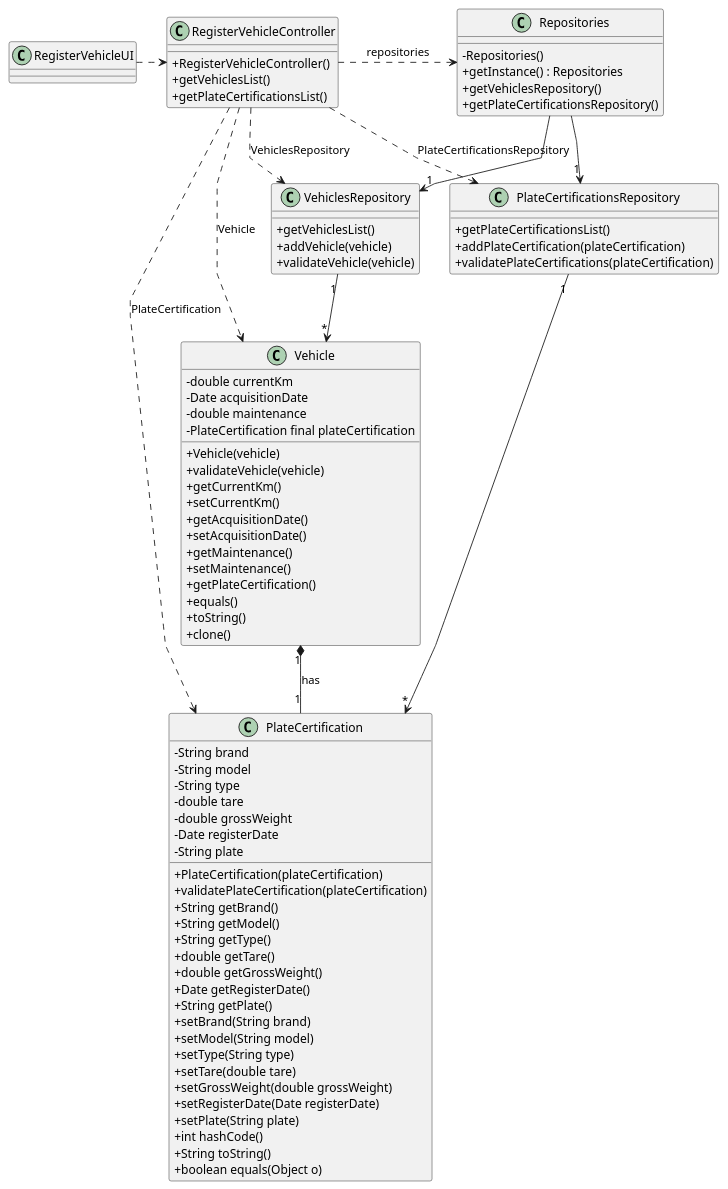
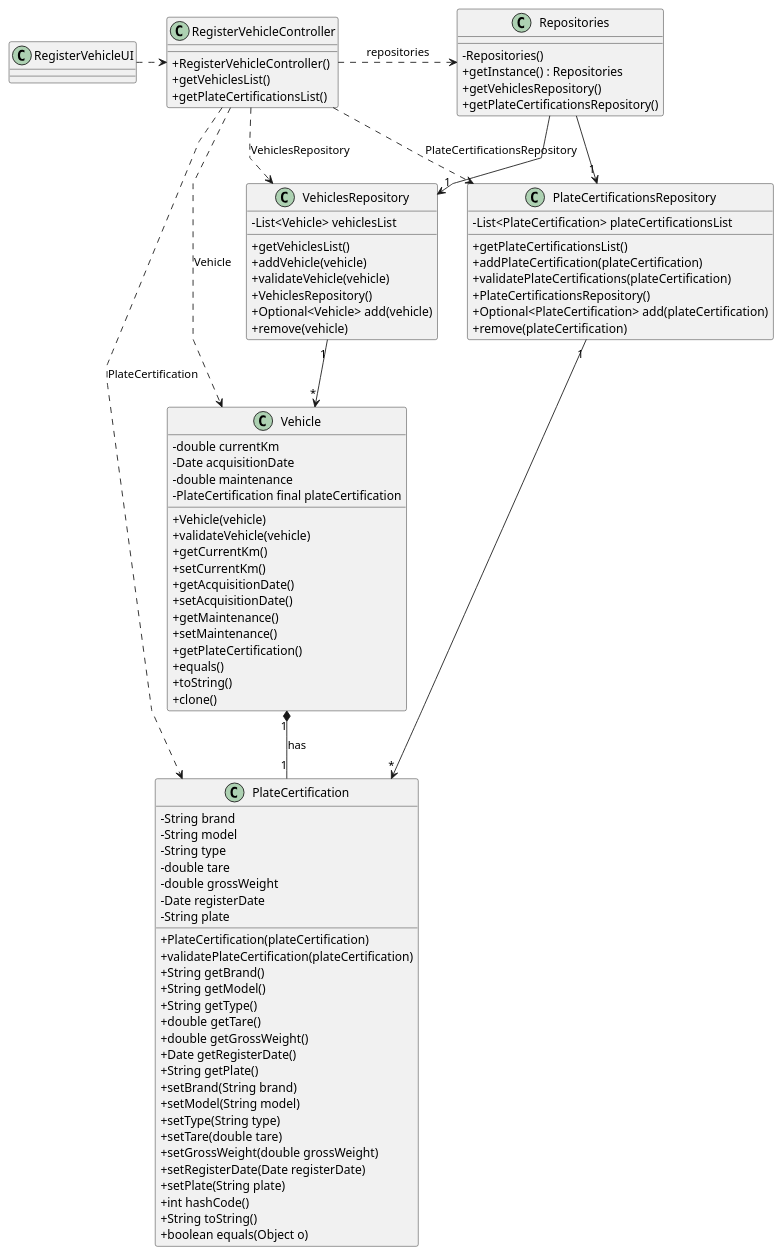
The diagram in docs/sprint2/us006/03.design/puml/us006-class-diagram.puml (1231360-ISEP/lei-24-s2-1db-g021), drawn with PlantUML before and after one commit. The commit also changed 6 other files, not shown here.

```diff
--- a/docs/sprint2/us006/03.design/puml/us006-class-diagram.puml
+++ b/docs/sprint2/us006/03.design/puml/us006-class-diagram.puml
@@ -1,102 +1,110 @@
 @startuml
 skinparam packageStyle rectangle
 skinparam shadowing false
 skinparam linetype polyline
 skinparam classAttributeIconSize 0
 
 class RegisterVehicleUI {
 }
 
 class RegisterVehicleController {
     + RegisterVehicleController()
     + getVehiclesList()
     + getPlateCertificationsList()
 }
 
 class Repositories {
     - Repositories()
     + getInstance() : Repositories
     + getVehiclesRepository()
     + getPlateCertificationsRepository()
 }
 
 class Vehicle {
     - double currentKm
     - Date acquisitionDate
     - double maintenance
     -PlateCertification final plateCertification
     + Vehicle(vehicle)
     + validateVehicle(vehicle)
     + getCurrentKm()
     + setCurrentKm()
     + getAcquisitionDate()
     + setAcquisitionDate()
     + getMaintenance()
     + setMaintenance()
     + getPlateCertification()
     + equals()
     + toString()
     + clone()
 }
 
 class VehiclesRepository {
     + getVehiclesList()
     + addVehicle(vehicle)
     + validateVehicle(vehicle)
+    - List<Vehicle> vehiclesList
+    + VehiclesRepository()
+    + Optional<Vehicle> add(vehicle)
+    + remove(vehicle)
 }
 
 class PlateCertification {
     - String brand
     - String model
     - String type
     - double tare
     - double grossWeight
     - Date registerDate
     - String plate
     + PlateCertification(plateCertification)
     + validatePlateCertification(plateCertification)
     + String getBrand()
     + String getModel()
     + String getType()
     + double getTare()
     + double getGrossWeight()
     + Date getRegisterDate()
     + String getPlate()
     + setBrand(String brand)
     + setModel(String model)
     + setType(String type)
     + setTare(double tare)
     + setGrossWeight(double grossWeight)
     + setRegisterDate(Date registerDate)
     + setPlate(String plate)
     + int hashCode()
     + String toString()
     + boolean equals(Object o)
 }
 
 class PlateCertificationsRepository {
     + getPlateCertificationsList()
     + addPlateCertification(plateCertification)
     + validatePlateCertifications(plateCertification)
+    - List<PlateCertification> plateCertificationsList
+    + PlateCertificationsRepository()
+    + Optional<PlateCertification> add(plateCertification)
+    + remove(plateCertification)
 }
 
 RegisterVehicleUI .> RegisterVehicleController
 
 RegisterVehicleController .> Repositories : repositories
 Repositories --> "1" VehiclesRepository
 
 RegisterVehicleController ..> Vehicle : Vehicle
 RegisterVehicleController ..> VehiclesRepository : VehiclesRepository
 
 VehiclesRepository "1" --> "*" Vehicle
 
 Repositories --> "1" PlateCertificationsRepository
 
 RegisterVehicleController ..> PlateCertification : PlateCertification
 RegisterVehicleController ..> PlateCertificationsRepository : PlateCertificationsRepository
 
 PlateCertificationsRepository "1" --> "*" PlateCertification
 
 Vehicle "1" *-- "1" PlateCertification : has
 
 @enduml
```
